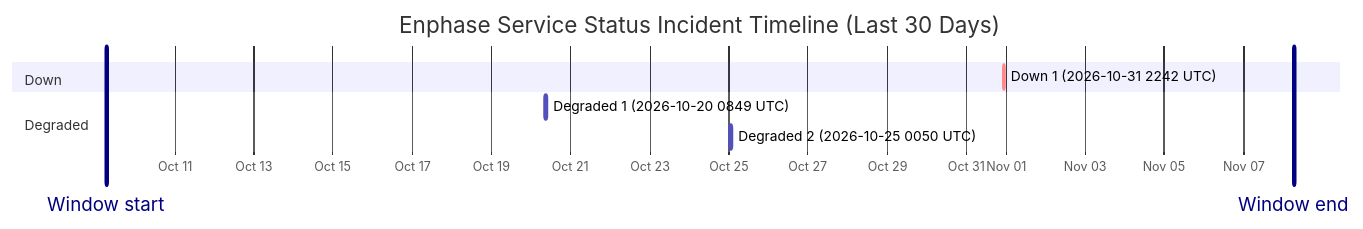
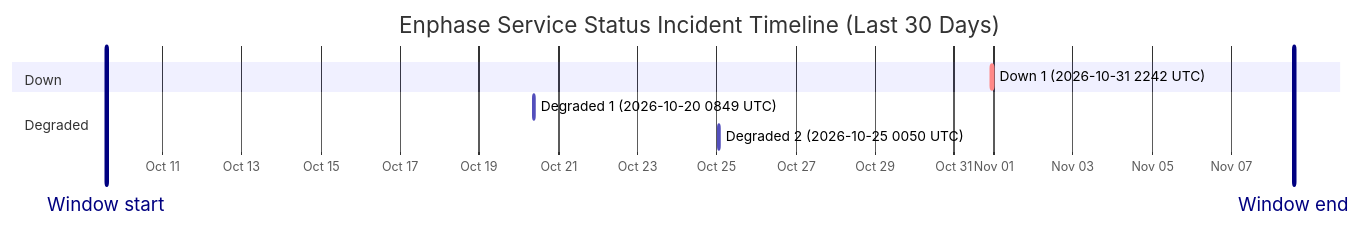
One commit to barneyonline/ha-enphase-energy changed the diagram in wiki/Service-Status-History.md. Above: the diagram before and after it, drawn with Mermaid. The commit also changed other lines of this file and 3 other files, not shown here.

````diff
--- a/wiki/Service-Status-History.md
+++ b/wiki/Service-Status-History.md
@@ -14,13 +14,13 @@
 ```mermaid
 gantt
     title Enphase Service Status Incident Timeline (Last 30 Days)
     dateFormat  YYYY-MM-DDTHH:mm:ss
     axisFormat  %b %d
-    Window start :vert, window-start, 2026-10-09T06:29:26, 0ms
-    Window end :vert, window-end, 2026-11-08T06:29:26, 0ms
+    Window start :vert, window-start, 2026-10-09T13:47:17, 0ms
+    Window end :vert, window-end, 2026-11-08T13:47:17, 0ms
     section Down
     Down 1 (2026-10-31 2242 UTC) :crit, down-1, 2026-10-31T22:42:18, 60m
     section Degraded
     Degraded 1 (2026-10-20 0849 UTC) :active, degraded-1, 2026-10-20T08:49:49, 60m
     Degraded 2 (2026-10-25 0050 UTC) :active, degraded-2, 2026-10-25T00:50:01, 60m
 ```
````
